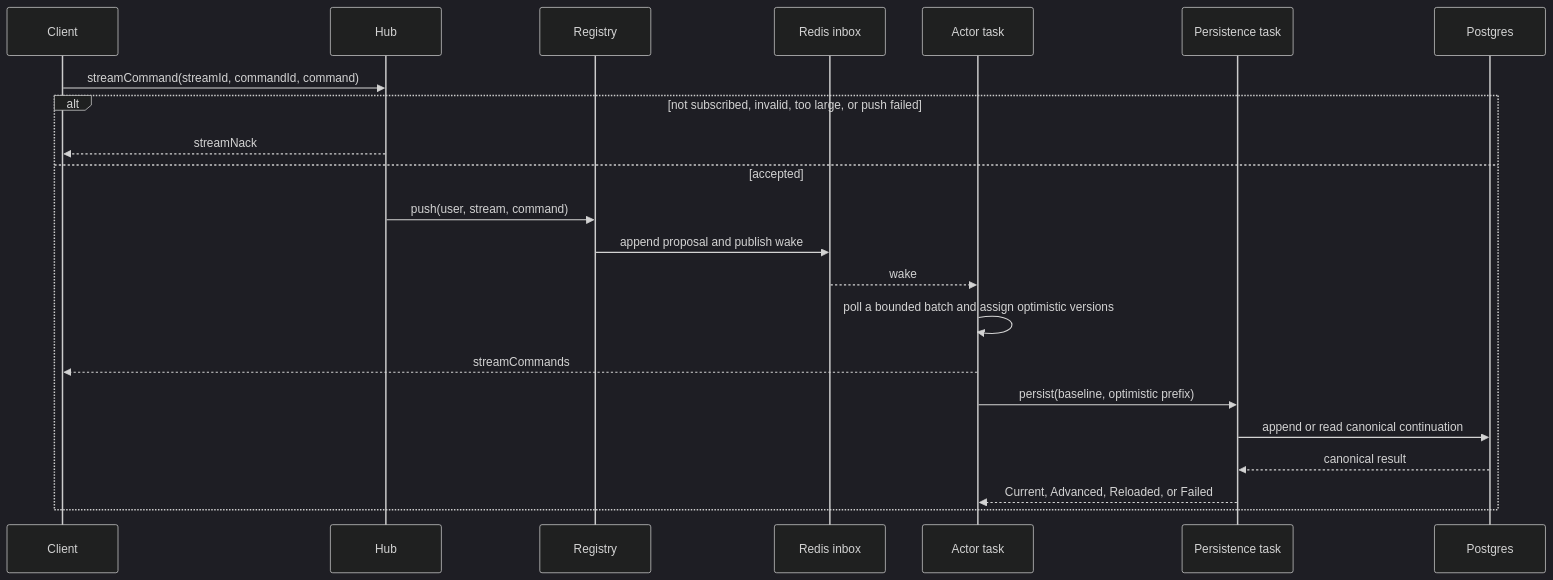
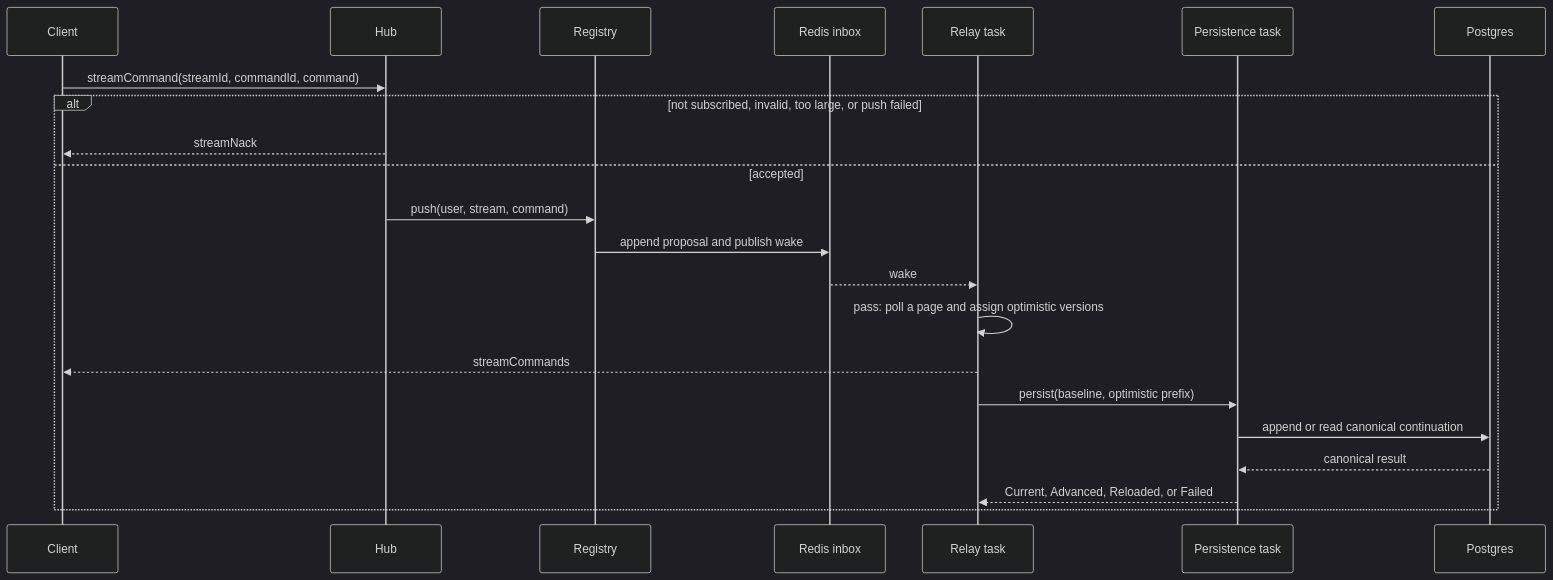
The fourth of 8 diagrams in docs/services/builder/hub.md (gzp79/shine-services), drawn with Mermaid (dark theme) before and after one commit. The commit also changed other lines of this file and 34 other files, not shown here.

````diff
--- a/docs/services/builder/hub.md
+++ b/docs/services/builder/hub.md
@@ -93,25 +132,25 @@
 ```mermaid
 sequenceDiagram
     participant C as Client
     participant H as Hub
     participant R as Registry
     participant X as Redis inbox
-    participant A as Actor task
+    participant A as Relay task
     participant P as Persistence task
     participant L as Postgres
 
     C->>H: streamCommand(streamId, commandId, command)
     alt not subscribed, invalid, too large, or push failed
         H-->>C: streamNack
     else accepted
         H->>R: push(user, stream, command)
         R->>X: append proposal and publish wake
         X-->>A: wake
-        A->>A: poll a bounded batch and assign optimistic versions
+        A->>A: pass: poll a page and assign optimistic versions
         A-->>C: streamCommands
         A->>P: persist(baseline, optimistic prefix)
         P->>L: append or read canonical continuation
         L-->>P: canonical result
         P-->>A: Current, Advanced, Reloaded, or Failed
     end
 ```
````
